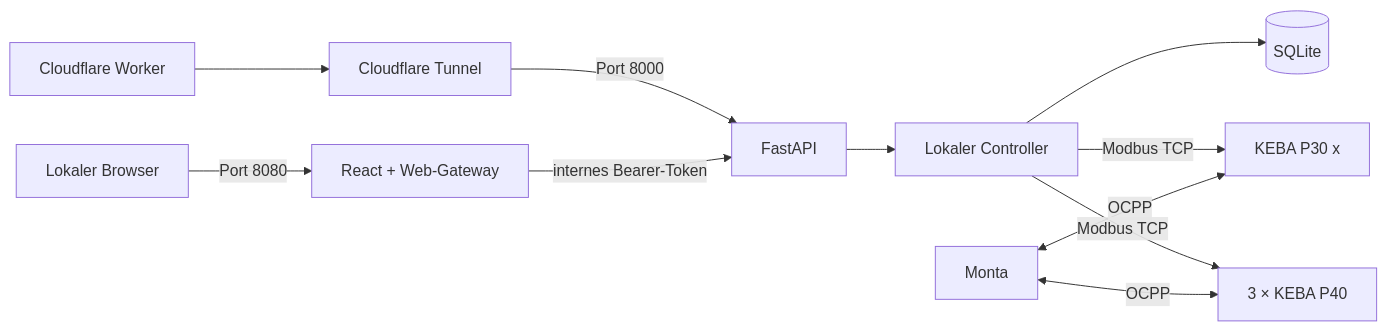
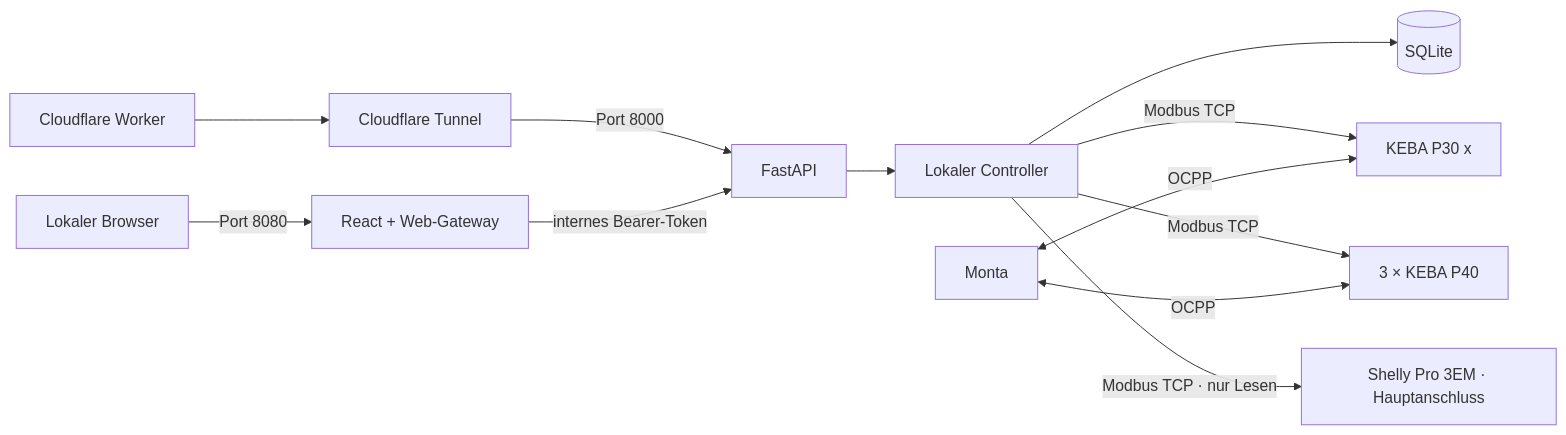
The diagram in README.md (philkir/keba-loadmanager), drawn with Mermaid before and after one commit. The commit also changed other lines of this file and 14 other files, not shown here.

````diff
--- a/README.md
+++ b/README.md
@@ -30,13 +31,14 @@
 ```mermaid
 flowchart LR
     Browser[Lokaler Browser] -->|Port 8080| Web[React + Web-Gateway]
     Worker[Cloudflare Worker] --> Tunnel[Cloudflare Tunnel]
     Tunnel -->|Port 8000| API[FastAPI]
     Web -->|internes Bearer-Token| API
     API --> Controller[Lokaler Controller]
     Controller --> DB[(SQLite)]
     Controller -->|Modbus TCP| P30[KEBA P30 x]
     Controller -->|Modbus TCP| P40[3 × KEBA P40]
+    Controller -->|Modbus TCP · nur Lesen| Shelly[Shelly Pro 3EM · Hauptanschluss]
     Monta[Monta] <-->|OCPP| P30
     Monta <-->|OCPP| P40
 ```
````
